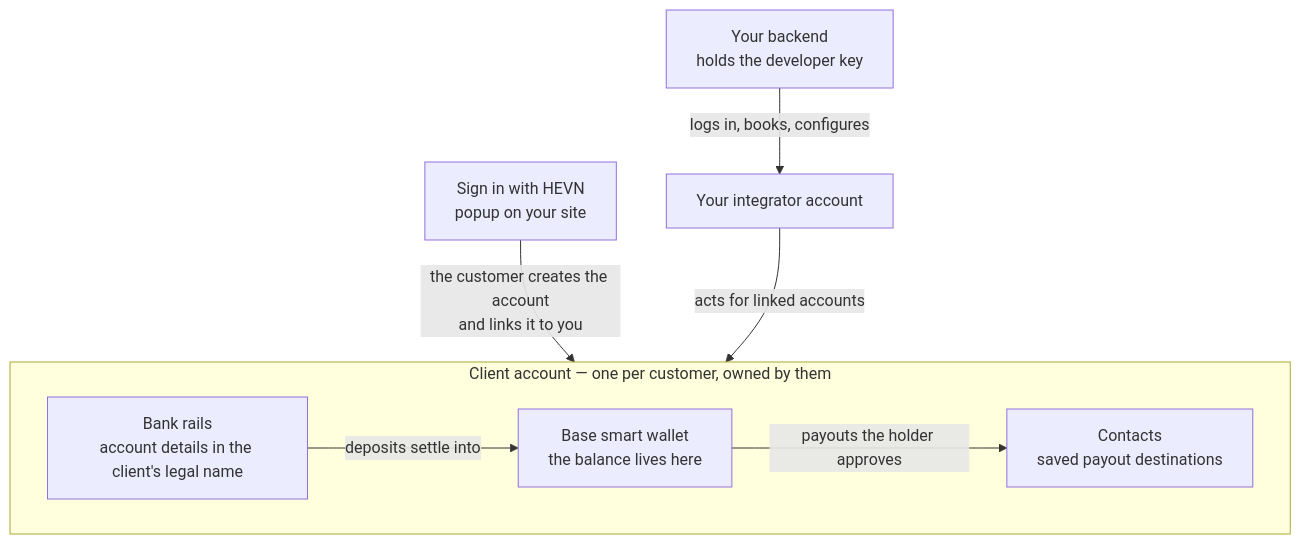
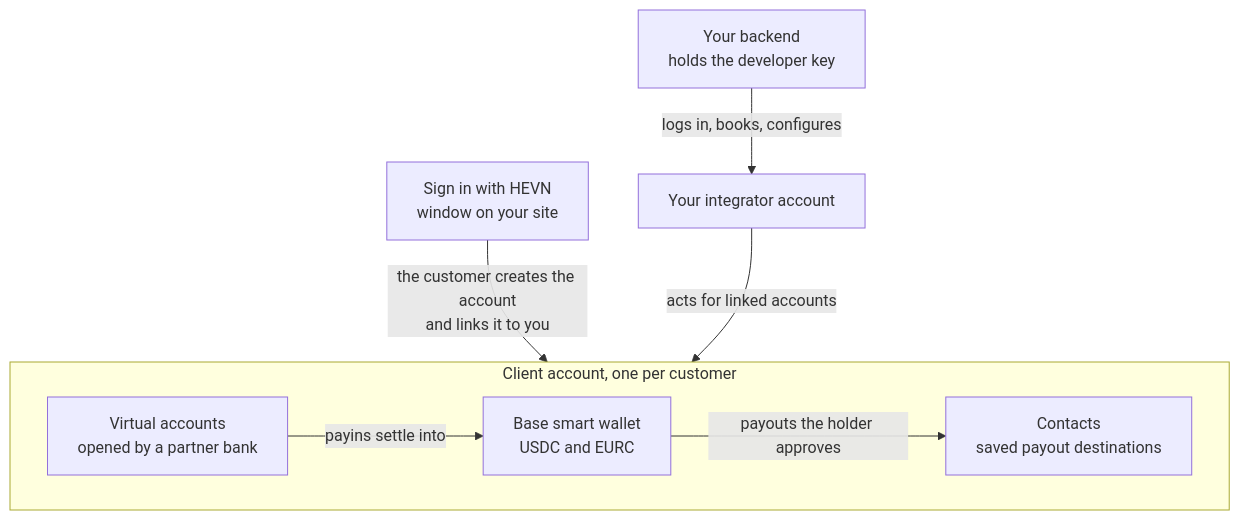
Before and after one commit to hevn-inc/docs: the first of 2 diagrams in whitelabel/overview.mdx, drawn with Mermaid. The commit also changed other lines of this file and 55 other files, not shown here.

````diff
--- a/whitelabel/overview.mdx
+++ b/whitelabel/overview.mdx
@@ -8,16 +8,16 @@
 ```mermaid
 flowchart TB
     K["Your backend<br/>holds the developer key"]
     I["Your integrator account"]
-    P["Sign in with HEVN<br/>popup on your site"]
+    P["Sign in with HEVN<br/>window on your site"]
     K -->|"logs in, books, configures"| I
     P -->|"the customer creates the account<br/>and links it to you"| Wallet
     I -->|"acts for linked accounts"| Wallet
-    subgraph Wallet["Client account — one per customer, owned by them"]
-        W["Base smart wallet<br/>the balance lives here"]
-        B["Bank rails<br/>account details in the client's legal name"]
+    subgraph Wallet["Client account, one per customer"]
+        W["Base smart wallet<br/>USDC and EURC"]
+        B["Virtual accounts<br/>opened by a partner bank"]
         T["Contacts<br/>saved payout destinations"]
-        B -->|"deposits settle into"| W
+        B -->|"payins settle into"| W
         W -->|"payouts the holder approves"| T
     end
 ```
````
